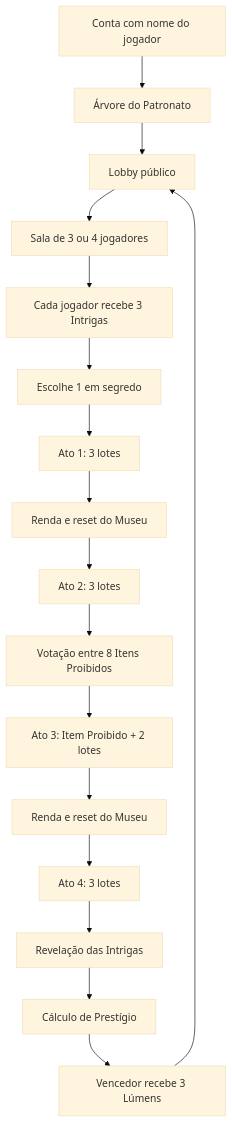
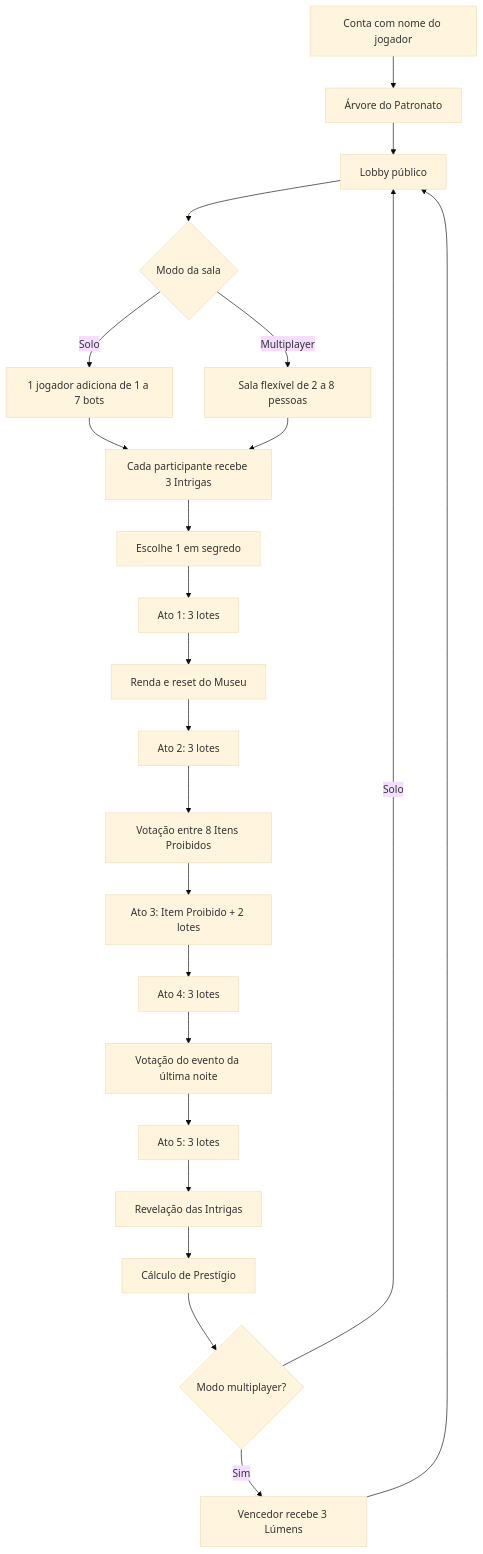
The diagram in GAME_DESIGN_MAP.md (Adamzatz/leilao-da-meia-noite-online), drawn with Mermaid (base theme) before and after one commit. The commit also changed other lines of this file and 8 other files, not shown here.

Commit message:
Add flexible rooms, solo bots, and fifth act

````diff
--- a/GAME_DESIGN_MAP.md
+++ b/GAME_DESIGN_MAP.md
@@ -19,19 +19,25 @@
 ```mermaid
 flowchart TD
   A[Conta com nome do jogador] --> B[Árvore do Patronato]
   B --> C[Lobby público]
-  C --> D[Sala de 3 ou 4 jogadores]
-  D --> E[Cada jogador recebe 3 Intrigas]
-  E --> F[Escolhe 1 em segredo]
-  F --> G[Ato 1: 3 lotes]
-  G --> H[Renda e reset do Museu]
-  H --> I[Ato 2: 3 lotes]
-  I --> J[Votação entre 8 Itens Proibidos]
-  J --> K[Ato 3: Item Proibido + 2 lotes]
-  K --> L[Renda e reset do Museu]
+  C --> D{Modo da sala}
+  D -->|Multiplayer| E[Sala flexível de 2 a 8 pessoas]
+  D -->|Solo| E2[1 jogador adiciona de 1 a 7 bots]
+  E2 --> F[Cada participante recebe 3 Intrigas]
+  E --> F
+  F --> G[Escolhe 1 em segredo]
+  G --> H[Ato 1: 3 lotes]
+  H --> I[Renda e reset do Museu]
+  I --> J[Ato 2: 3 lotes]
+  J --> K[Votação entre 8 Itens Proibidos]
+  K --> L[Ato 3: Item Proibido + 2 lotes]
   L --> M[Ato 4: 3 lotes]
-  M --> N[Revelação das Intrigas]
-  N --> O[Cálculo de Prestígio]
-  O --> P[Vencedor recebe 3 Lúmens]
-  P --> C
+  M --> N[Votação do evento da última noite]
+  N --> O[Ato 5: 3 lotes]
+  O --> P[Revelação das Intrigas]
+  P --> Q[Cálculo de Prestígio]
+  Q --> R{Modo multiplayer?}
+  R -->|Sim| S[Vencedor recebe 3 Lúmens]
+  R -->|Solo| C
+  S --> C
 ```
````
